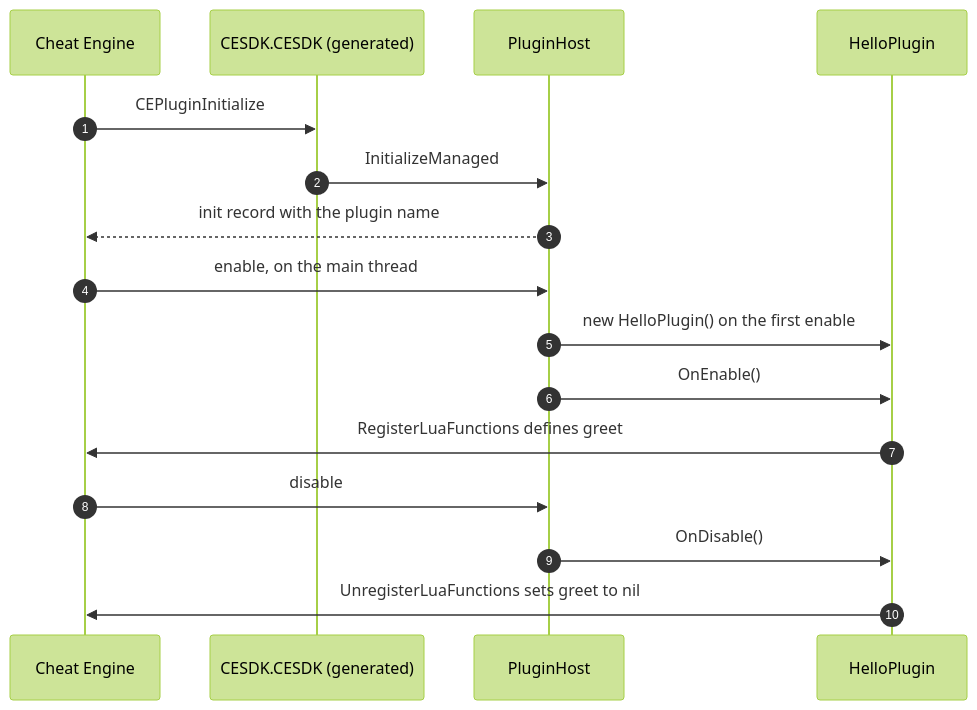
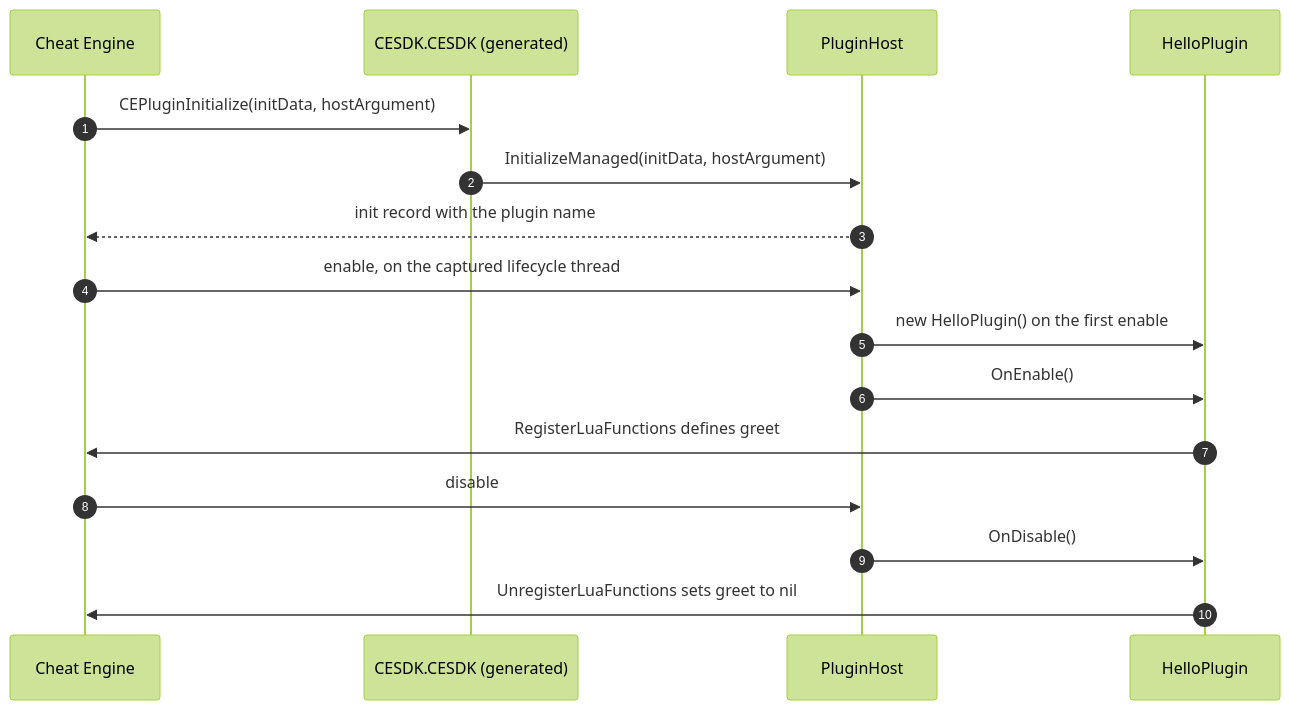
The diagram in exemples/01-first-plugin/README.md (CheatEngineNet/CheatEngine.SDK), drawn with Mermaid (forest theme) before and after one commit. The commit also changed other lines of this file and 429 other files, not shown here.

````diff
--- a/exemples/01-first-plugin/README.md
+++ b/exemples/01-first-plugin/README.md
@@ -175,18 +168,18 @@
 ```mermaid
 sequenceDiagram
     autonumber
     participant CE as Cheat Engine
     participant EP as CESDK.CESDK (generated)
     participant Host as PluginHost
     participant Plugin as HelloPlugin
-    CE->>EP: CEPluginInitialize
-    EP->>Host: InitializeManaged
+    CE->>EP: CEPluginInitialize(initData, hostArgument)
+    EP->>Host: InitializeManaged(initData, hostArgument)
     Host-->>CE: init record with the plugin name
-    CE->>Host: enable, on the main thread
+    CE->>Host: enable, on the captured lifecycle thread
     Host->>Plugin: new HelloPlugin() on the first enable
     Host->>Plugin: OnEnable()
     Plugin->>CE: RegisterLuaFunctions defines greet
     CE->>Host: disable
     Host->>Plugin: OnDisable()
     Plugin->>CE: UnregisterLuaFunctions sets greet to nil
 ```
````
